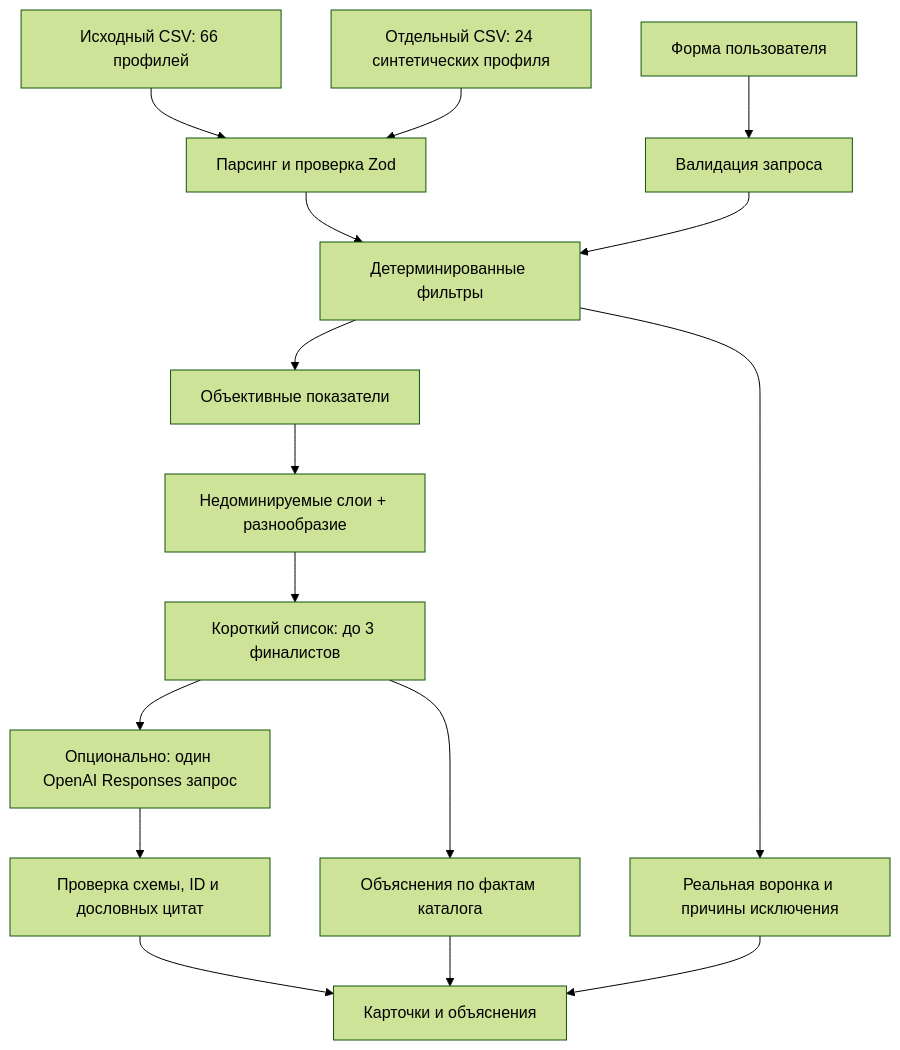
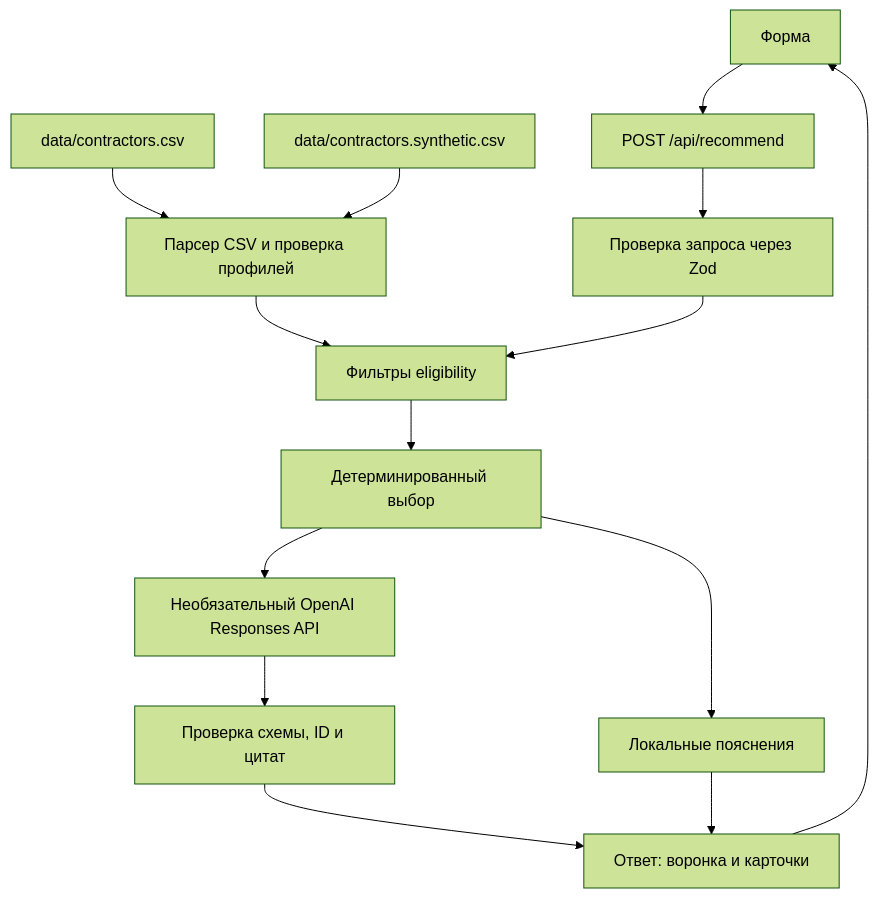
One commit to BAITC-Hacks/hack-ede9a8b1-vibe-coder changed the diagram in README.md. Above: the diagram before and after it, drawn with Mermaid (forest theme). The commit also changed other lines of this file, not shown here.

````diff
--- a/README.md
+++ b/README.md
@@ -13,18 +55,16 @@
 ```mermaid
 flowchart TD
-    OriginalCSV[Исходный CSV: 66 профилей] --> Parse[Парсинг и проверка Zod]
-    SyntheticCSV[Отдельный CSV: 24 синтетических профиля] --> Parse
-    Form[Форма пользователя] --> Validate[Валидация запроса]
-    Parse --> Filter[Детерминированные фильтры]
+    Form[Форма] --> Route[POST /api/recommend]
+    Route --> Validate[Проверка запроса через Zod]
+    Original[data/contractors.csv] --> Loader[Парсер CSV и проверка профилей]
+    Synthetic[data/contractors.synthetic.csv] --> Loader
+    Loader --> Filter[Фильтры eligibility]
     Validate --> Filter
-    Filter --> Trace[Реальная воронка и причины исключения]
-    Filter --> Objectives[Объективные показатели]
-    Objectives --> Pareto[Недоминируемые слои + разнообразие]
-    Pareto --> Top[Короткий список: до 3 финалистов]
-    Top --> Fallback[Объяснения по фактам каталога]
-    Top --> AI[Опционально: один OpenAI Responses запрос]
-    AI --> Check[Проверка схемы, ID и дословных цитат]
-    Check --> Result[Карточки и объяснения]
-    Fallback --> Result
-    Trace --> Result
+    Filter --> Select[Детерминированный выбор]
+    Select --> Local[Локальные пояснения]
+    Select --> AI[Необязательный OpenAI Responses API]
+    AI --> Check[Проверка схемы, ID и цитат]
+    Check --> Cards[Ответ: воронка и карточки]
+    Local --> Cards
+    Cards --> Form
 ```
````
